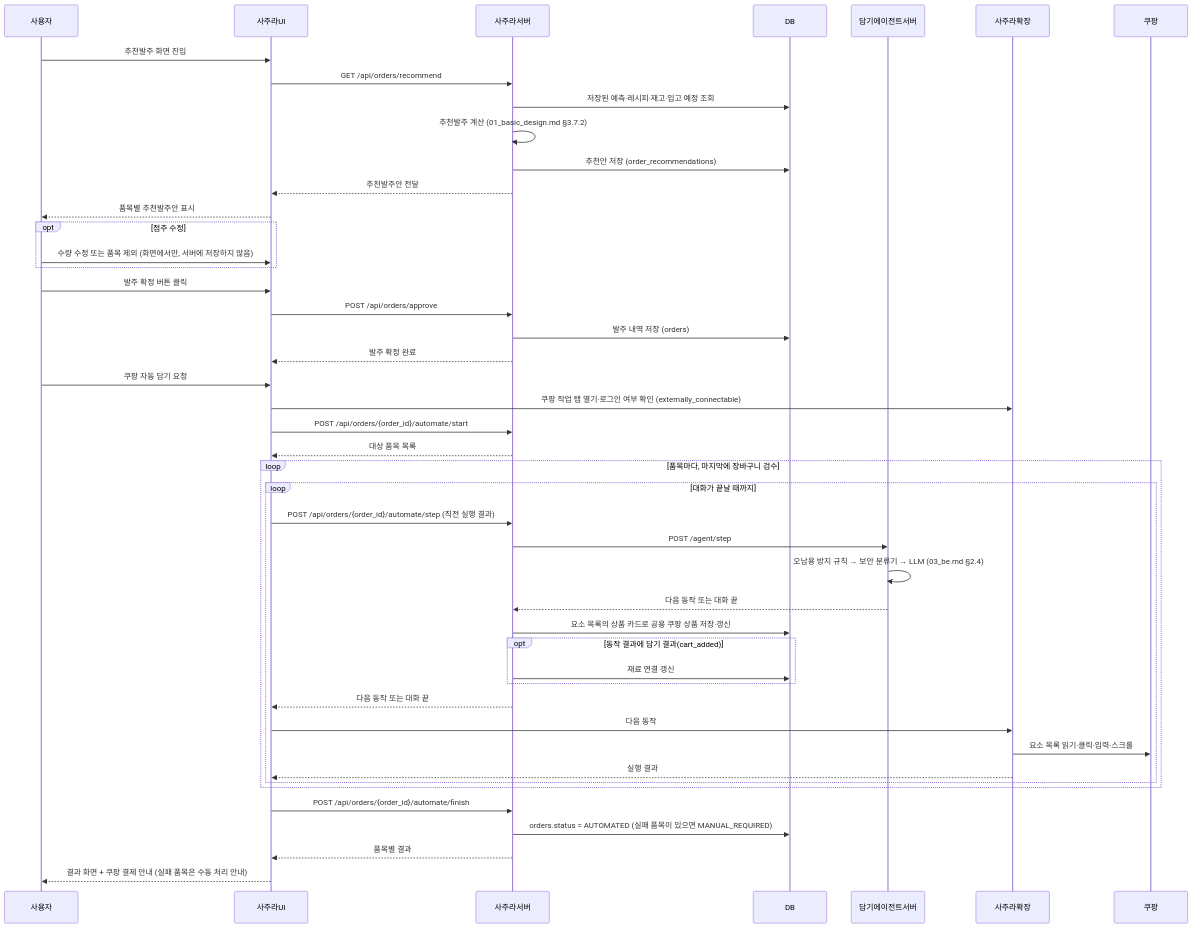
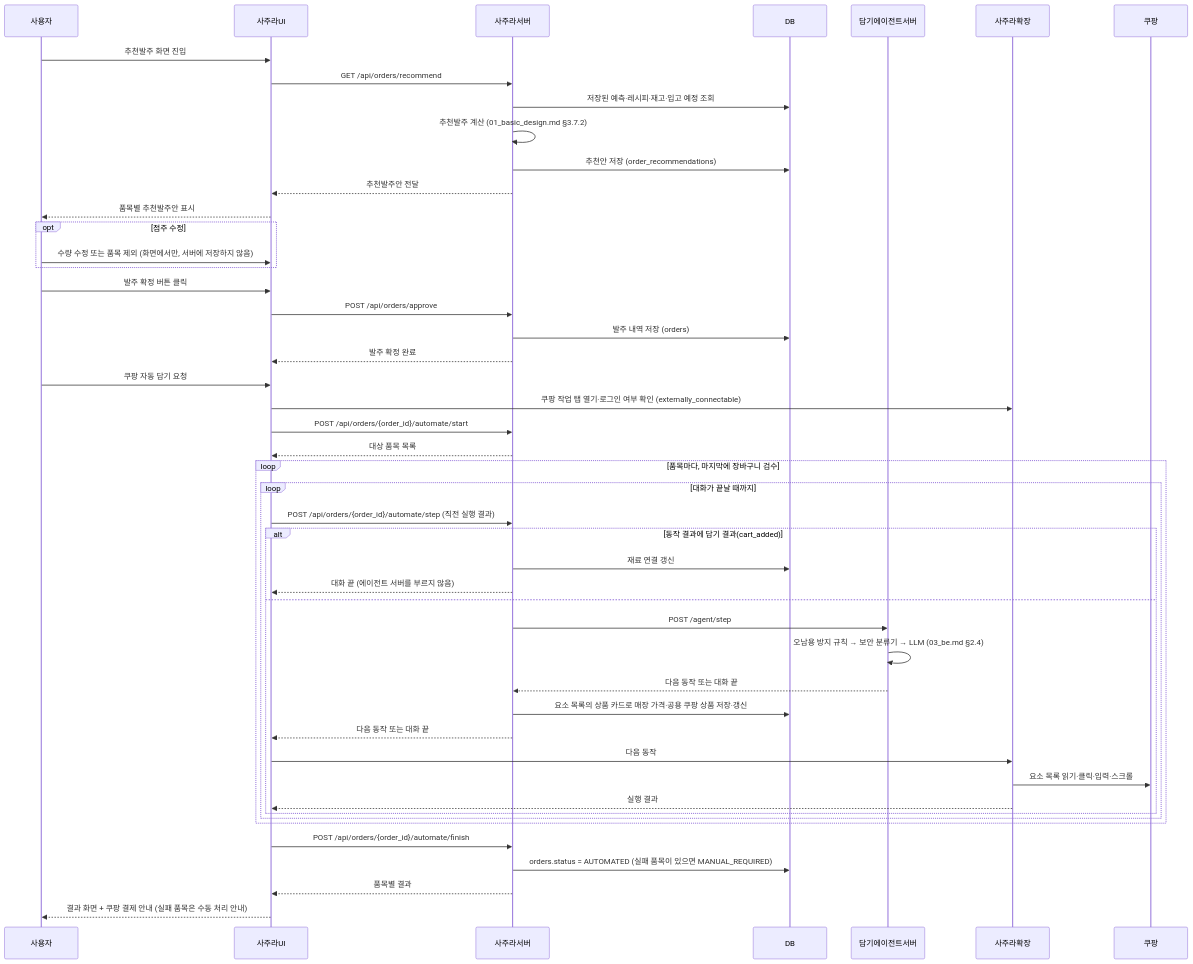
One commit to h-taek/CapstoneDesign-Sajura changed the third of 8 diagrams in docs/spec/02_implementation_design.md. Above: the diagram before and after it, drawn with Mermaid. The commit also changed other lines of this file and 5 other files, not shown here.

````diff
--- a/docs/spec/02_implementation_design.md
+++ b/docs/spec/02_implementation_design.md
@@ -294,54 +293,56 @@
 ```mermaid
 sequenceDiagram
     participant 사용자
     participant 사주라UI
     participant 사주라서버
     participant DB
     participant 에이전트 as 담기에이전트서버
     participant 확장 as 사주라확장
     participant 쿠팡
 
     사용자->>사주라UI: 추천발주 화면 진입
     사주라UI->>사주라서버: GET /api/orders/recommend
     사주라서버->>DB: 저장된 예측·레시피·재고·입고 예정 조회
     사주라서버->>사주라서버: 추천발주 계산 (01_basic_design.md §3.7.2)
     사주라서버->>DB: 추천안 저장 (order_recommendations)
     사주라서버-->>사주라UI: 추천발주안 전달
     사주라UI-->>사용자: 품목별 추천발주안 표시
 
     opt 점주 수정
         사용자->>사주라UI: 수량 수정 또는 품목 제외 (화면에서만, 서버에 저장하지 않음)
     end
 
     사용자->>사주라UI: 발주 확정 버튼 클릭
     사주라UI->>사주라서버: POST /api/orders/approve
     사주라서버->>DB: 발주 내역 저장 (orders)
     사주라서버-->>사주라UI: 발주 확정 완료
 
     사용자->>사주라UI: 쿠팡 자동 담기 요청
     사주라UI->>확장: 쿠팡 작업 탭 열기·로그인 여부 확인 (externally_connectable)
     사주라UI->>사주라서버: POST /api/orders/{order_id}/automate/start
     사주라서버-->>사주라UI: 대상 품목 목록
 
     loop 품목마다, 마지막에 장바구니 검수
         loop 대화가 끝날 때까지
             사주라UI->>사주라서버: POST /api/orders/{order_id}/automate/step (직전 실행 결과)
-            사주라서버->>에이전트: POST /agent/step
-            에이전트->>에이전트: 오남용 방지 규칙 → 보안 분류기 → LLM (03_be.md §2.4)
-            에이전트-->>사주라서버: 다음 동작 또는 대화 끝
-            사주라서버->>DB: 요소 목록의 상품 카드로 공용 쿠팡 상품 저장·갱신
-            opt 동작 결과에 담기 결과(cart_added)
+            alt 동작 결과에 담기 결과(cart_added)
                 사주라서버->>DB: 재료 연결 갱신
+                사주라서버-->>사주라UI: 대화 끝 (에이전트 서버를 부르지 않음)
+            else
+                사주라서버->>에이전트: POST /agent/step
+                에이전트->>에이전트: 오남용 방지 규칙 → 보안 분류기 → LLM (03_be.md §2.4)
+                에이전트-->>사주라서버: 다음 동작 또는 대화 끝
+                사주라서버->>DB: 요소 목록의 상품 카드로 매장 가격·공용 쿠팡 상품 저장·갱신
+                사주라서버-->>사주라UI: 다음 동작 또는 대화 끝
+                사주라UI->>확장: 다음 동작
+                확장->>쿠팡: 요소 목록 읽기·클릭·입력·스크롤
+                확장-->>사주라UI: 실행 결과
             end
-            사주라서버-->>사주라UI: 다음 동작 또는 대화 끝
-            사주라UI->>확장: 다음 동작
-            확장->>쿠팡: 요소 목록 읽기·클릭·입력·스크롤
-            확장-->>사주라UI: 실행 결과
         end
     end
 
     사주라UI->>사주라서버: POST /api/orders/{order_id}/automate/finish
     사주라서버->>DB: orders.status = AUTOMATED (실패 품목이 있으면 MANUAL_REQUIRED)
     사주라서버-->>사주라UI: 품목별 결과
     사주라UI-->>사용자: 결과 화면 + 쿠팡 결제 안내 (실패 품목은 수동 처리 안내)
 ```
````
